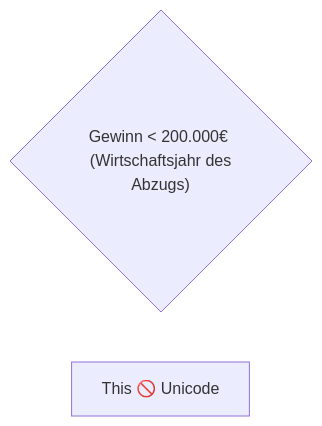
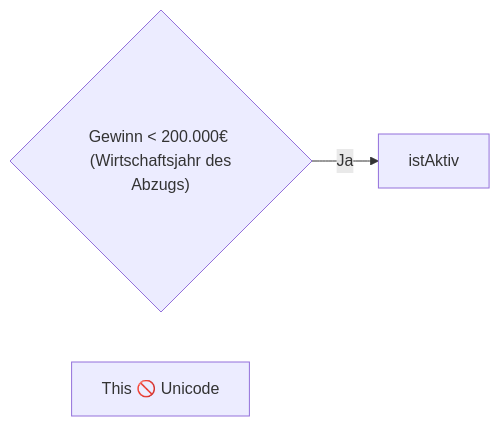
One commit to maxheld83/steuerFlow changed the second of 7 diagrams in README.md. Above: the diagram before and after it, drawn with Mermaid.

Commit message:
add relative link

````diff
--- a/README.md
+++ b/README.md
@@ -23,5 +23,6 @@
 ```mermaid
 flowchart LR
     istKMU{"Gewinn < 200.000€ \n (Wirtschaftsjahr des Abzugs)"};
+    istKMU -- Ja --> istAktiv;
     id["This 🚫 Unicode"]
 ```
````
